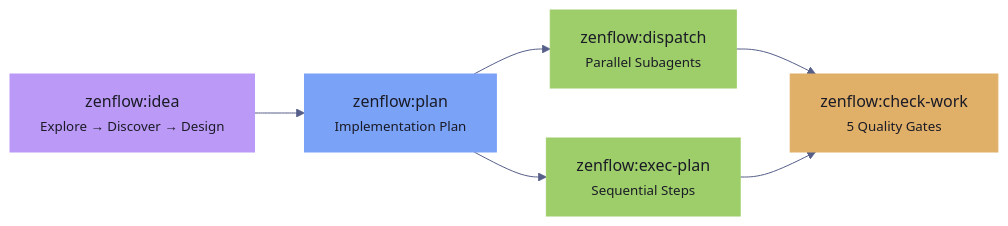
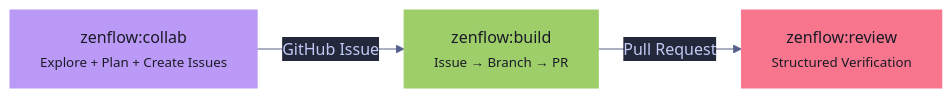
The diagram in plugins/zenflow/README.md (brewpirate/zen-flow), drawn with Mermaid before and after one commit. The commit also changed other lines of this file and 15 other files, not shown here.

First line of the commit message:
feat: 3-agent issue-driven workflow (collab → builder → reviewer)

````diff
--- a/plugins/zenflow/README.md
+++ b/plugins/zenflow/README.md
@@ -38,21 +38,14 @@
 ```mermaid
 %%{init: {'theme': 'base', 'themeVariables': { 'primaryColor': '#1a1b26', 'primaryTextColor': '#c0caf5', 'lineColor': '#565f89', 'secondaryColor': '#24283b' }}}%%
 graph LR
-    idea["zenflow:idea<br/><small>Explore → Discover → Design</small>"]
-    plan["zenflow:plan<br/><small>Implementation Plan</small>"]
-    dispatch["zenflow:dispatch<br/><small>Parallel Subagents</small>"]
-    execplan["zenflow:exec-plan<br/><small>Sequential Steps</small>"]
-    check["zenflow:check-work<br/><small>5 Quality Gates</small>"]
+    collab["zenflow:collab<br/><small>Explore + Plan + Create Issues</small>"]
+    build["zenflow:build<br/><small>Issue → Branch → PR</small>"]
+    review["zenflow:review<br/><small>Structured Verification</small>"]
 
-    idea --> plan
-    plan --> dispatch
-    plan --> execplan
-    dispatch --> check
-    execplan --> check
+    collab -->|"GitHub Issue"| build
+    build -->|"Pull Request"| review
 
-    style idea fill:#bb9af7,color:#1a1b26,stroke:#bb9af7
-    style plan fill:#7aa2f7,color:#1a1b26,stroke:#7aa2f7
-    style dispatch fill:#9ece6a,color:#1a1b26,stroke:#9ece6a
-    style execplan fill:#9ece6a,color:#1a1b26,stroke:#9ece6a
-    style check fill:#e0af68,color:#1a1b26,stroke:#e0af68
+    style collab fill:#bb9af7,color:#1a1b26,stroke:#bb9af7
+    style build fill:#9ece6a,color:#1a1b26,stroke:#9ece6a
+    style review fill:#f7768e,color:#1a1b26,stroke:#f7768e
 ```
````
